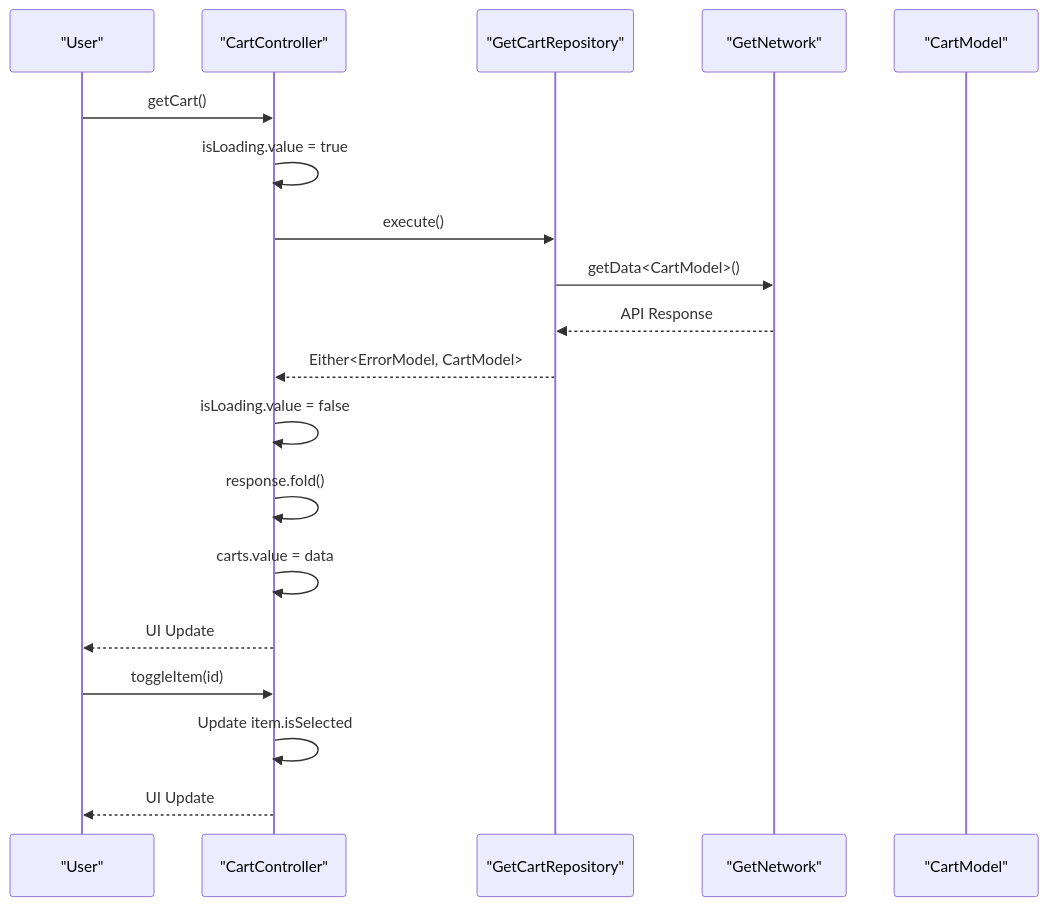
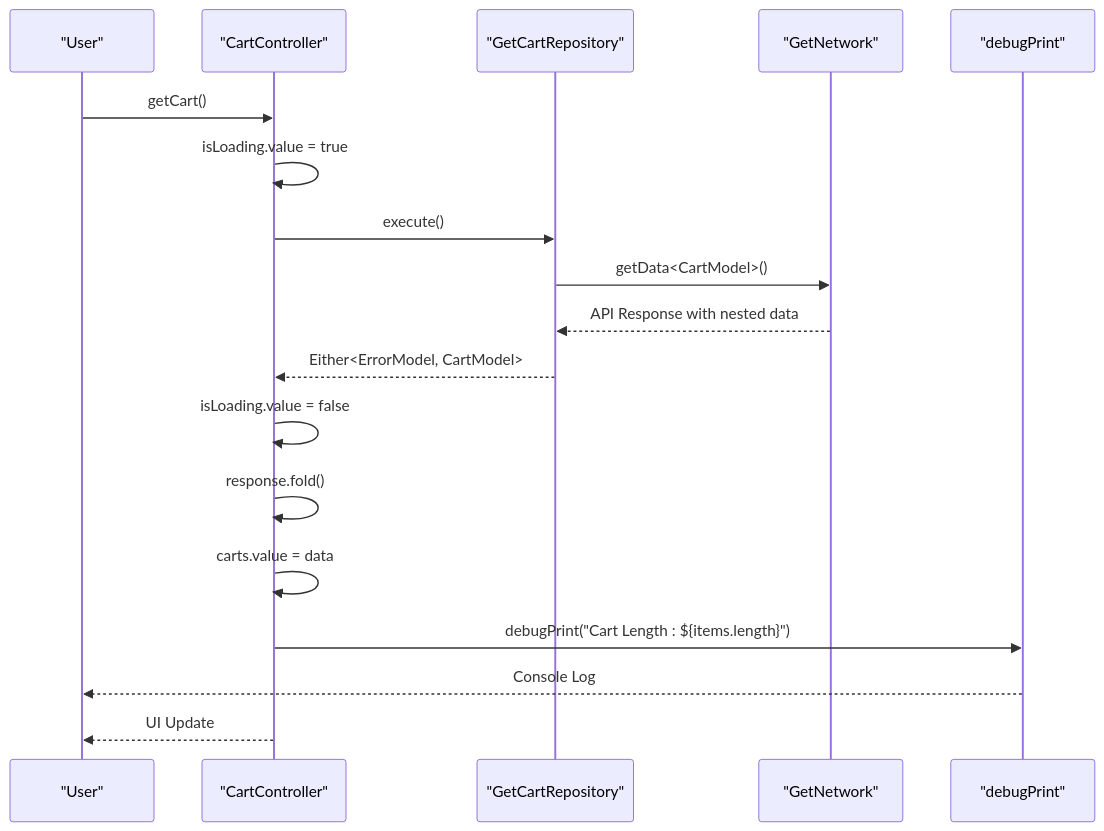
One commit to Ariful3111/FurniGo changed the third of 11 diagrams in .qoder/repowiki/en/content/Core Features/E-commerce Platform/Shopping Cart System.md. Above: the diagram before and after it, drawn with Mermaid. The commit also changed other lines of this file and 8 other files, not shown here.

Commit message:
Cart Item Toggle Completed

````diff
--- a/.qoder/repowiki/en/content/Core Features/E-commerce Platform/Shopping Cart System.md
+++ b/.qoder/repowiki/en/content/Core Features/E-commerce Platform/Shopping Cart System.md
@@ -239,21 +170,20 @@
 ```mermaid
 sequenceDiagram
 participant User as "User"
 participant Controller as "CartController"
 participant Repository as "GetCartRepository"
 participant Network as "GetNetwork"
-participant Model as "CartModel"
+participant Debug as "debugPrint"
 User->>Controller : getCart()
 Controller->>Controller : isLoading.value = true
 Controller->>Repository : execute()
 Repository->>Network : getData<CartModel>()
-Network-->>Repository : API Response
+Network-->>Repository : API Response with nested data
 Repository-->>Controller : Either<ErrorModel, CartModel>
 Controller->>Controller : isLoading.value = false
 Controller->>Controller : response.fold()
 Controller->>Controller : carts.value = data
-Controller-->>User : UI Update
-User->>Controller : toggleItem(id)
-Controller->>Controller : Update item.isSelected
+Controller->>Debug : debugPrint("Cart Length : ${items.length}")
+Debug-->>User : Console Log
 Controller-->>User : UI Update
 ```
````
